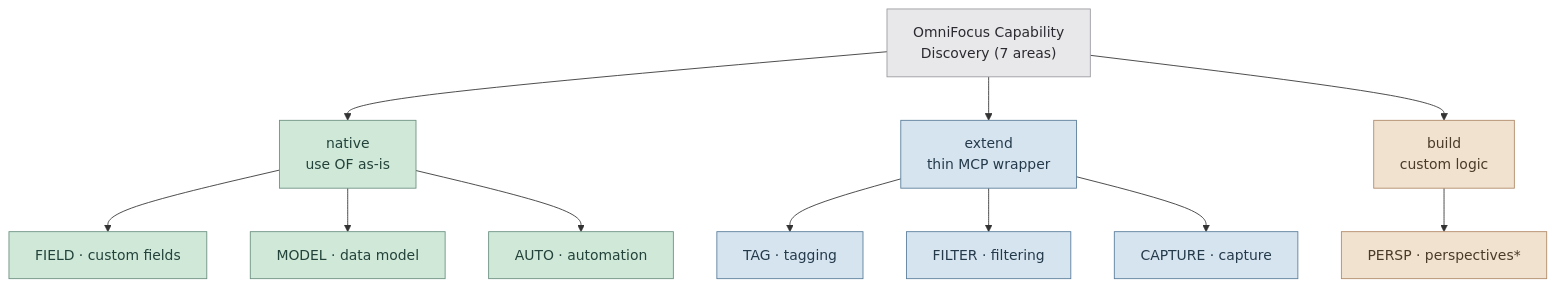
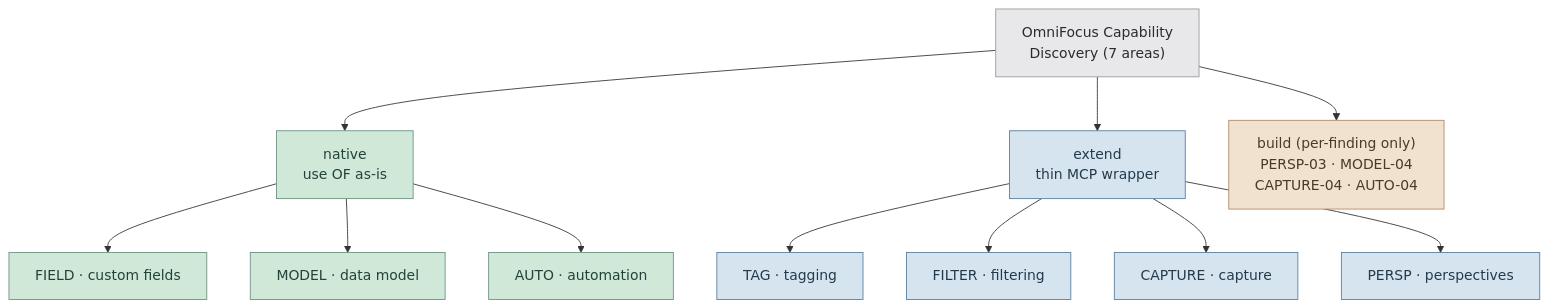
One commit to JesKingDev/omnifocus-mcp changed the diagram in docs/reference/omnifocus-capabilities.md. Above: the diagram before and after it, drawn with Mermaid. The commit also changed other lines of this file, not shown here.

````diff
--- a/docs/reference/omnifocus-capabilities.md
+++ b/docs/reference/omnifocus-capabilities.md
@@ -15,27 +16,26 @@
 ```mermaid
 flowchart TD
     R["OmniFocus Capability<br/>Discovery (7 areas)"]
     R --> N["native<br/>use OF as-is"]
     R --> E["extend<br/>thin MCP wrapper"]
-    R --> B["build<br/>custom logic"]
+    R --> B["build (per-finding only)<br/>PERSP-03 · MODEL-04<br/>CAPTURE-04 · AUTO-04"]
 
     N --> FIELD["FIELD · custom fields"]
     N --> MODEL["MODEL · data model"]
     N --> AUTO["AUTO · automation"]
 
     E --> TAG["TAG · tagging"]
     E --> FILTER["FILTER · filtering"]
     E --> CAPTURE["CAPTURE · capture"]
-
-    B --> PERSP["PERSP · perspectives*"]
+    E --> PERSP["PERSP · perspectives"]
 
     classDef native fill:#cfe8d8,stroke:#6b9080,color:#23423a;
     classDef extend fill:#d6e4f0,stroke:#5a7d9a,color:#243a4a;
     classDef build fill:#f0e2cf,stroke:#b08968,color:#4a3a28;
     classDef root fill:#e8e8ea,stroke:#9a9aa0,color:#2a2a30;
 
     class R root;
     class N,FIELD,MODEL,AUTO native;
-    class E,TAG,FILTER,CAPTURE extend;
-    class B,PERSP build;
+    class E,TAG,FILTER,CAPTURE,PERSP extend;
+    class B build;
 ```
````
